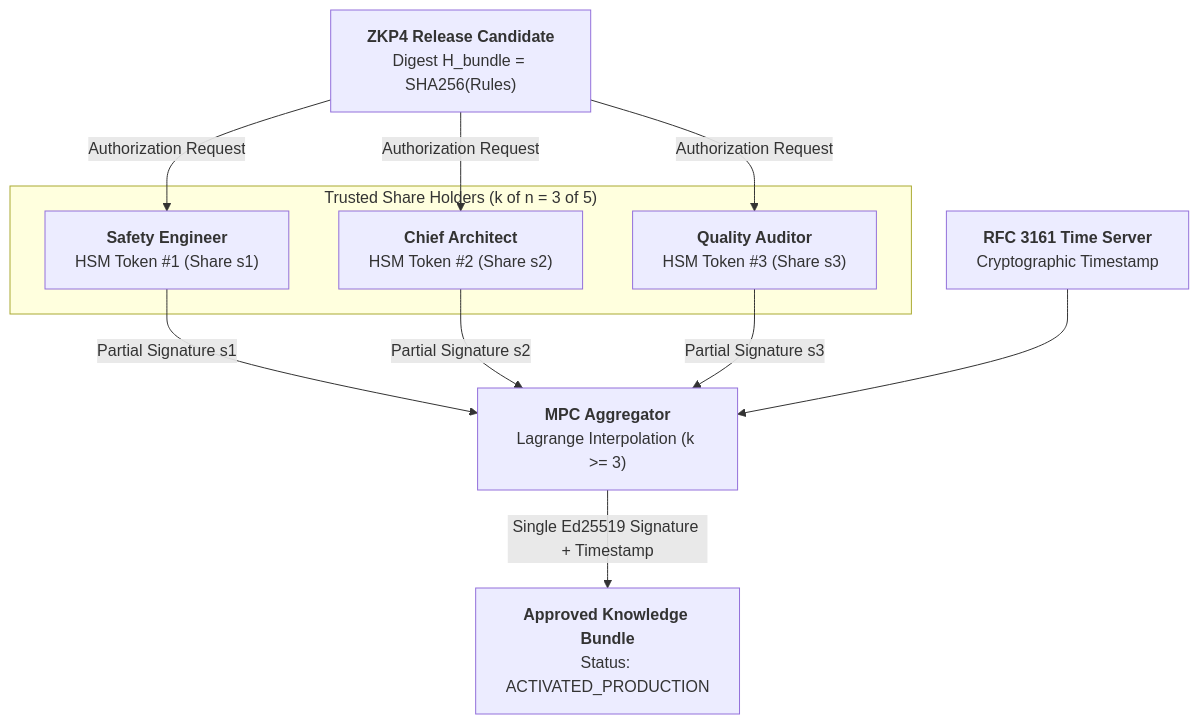
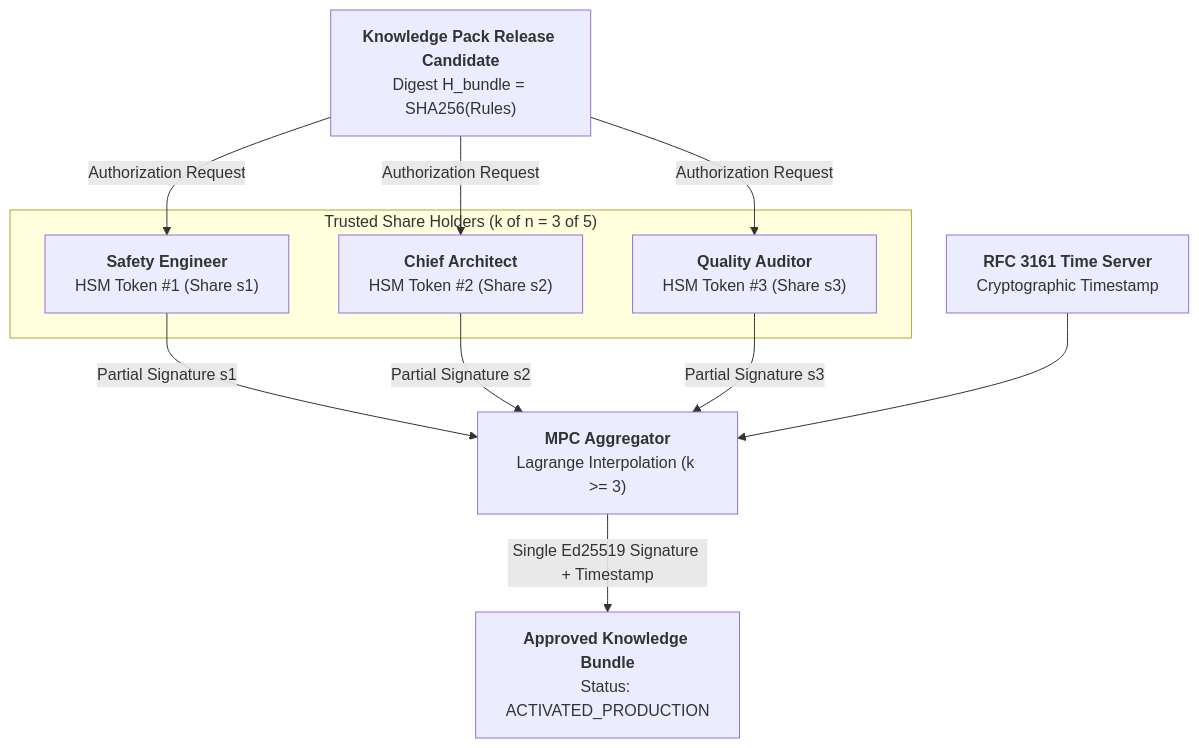
The fifth of 5 diagrams in ExpertSystem/translations/en/ch05-triad-of-trust-and-corporate-memory.md (nick-fedchik/articles), drawn with Mermaid before and after one commit. The commit also changed other lines of this file and 11 other files, not shown here.

````diff
--- a/ExpertSystem/translations/en/ch05-triad-of-trust-and-corporate-memory.md
+++ b/ExpertSystem/translations/en/ch05-triad-of-trust-and-corporate-memory.md
@@ -503,25 +503,25 @@
 ```mermaid
 flowchart TD
     accTitle: Threshold authorization and consortium signing of knowledge base updates
     accDescr: Scheme of k-of-n threshold consortium signing utilizing hardware HSMs and Shamir's secret sharing for knowledge base update activation.
 
     subgraph STAKEHOLDERS["Trusted Share Holders (k of n = 3 of 5)"]
         S1["<b>Safety Engineer</b><br/>HSM Token #1 (Share s1)"]
         S2["<b>Chief Architect</b><br/>HSM Token #2 (Share s2)"]
         S3["<b>Quality Auditor</b><br/>HSM Token #3 (Share s3)"]
     end
 
-    BUNDLE["<b>ZKP4 Release Candidate</b><br/>Digest H_bundle = SHA256(Rules)"]
+    BUNDLE["<b>Knowledge Pack Release Candidate</b><br/>Digest H_bundle = SHA256(Rules)"]
     
     BUNDLE -->|Authorization Request| S1
     BUNDLE -->|Authorization Request| S2
     BUNDLE -->|Authorization Request| S3
 
     S1 -->|Partial Signature s1| COLLECTOR["<b>MPC Aggregator</b><br/>Lagrange Interpolation (k >= 3)"]
     S2 -->|Partial Signature s2| COLLECTOR
     S3 -->|Partial Signature s3| COLLECTOR
 
     TSA["<b>RFC 3161 Time Server</b><br/>Cryptographic Timestamp"] --> COLLECTOR
 
     COLLECTOR -->|Single Ed25519 Signature + Timestamp| RELEASE["<b>Approved Knowledge Bundle</b><br/>Status: ACTIVATED_PRODUCTION"]
 ```
````
